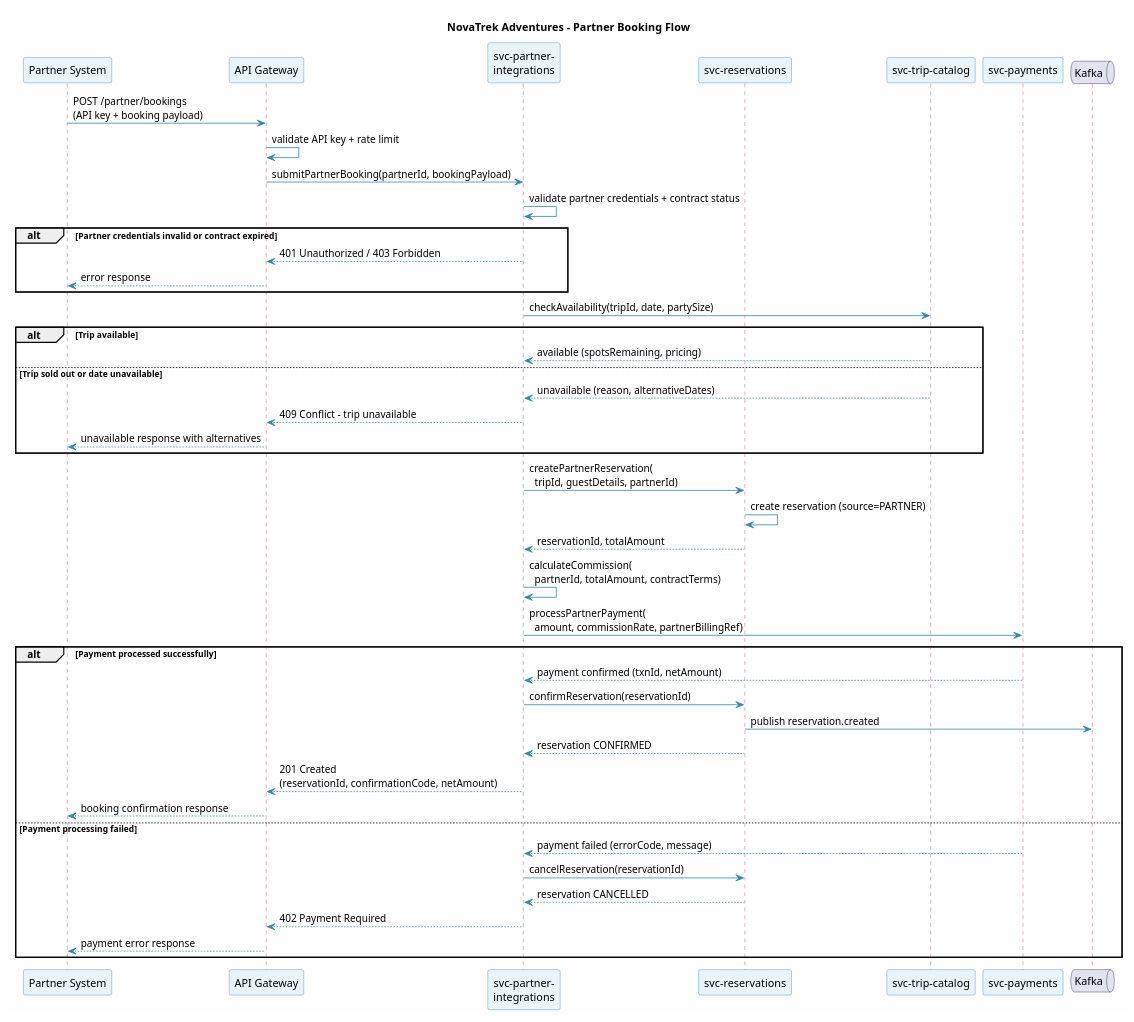
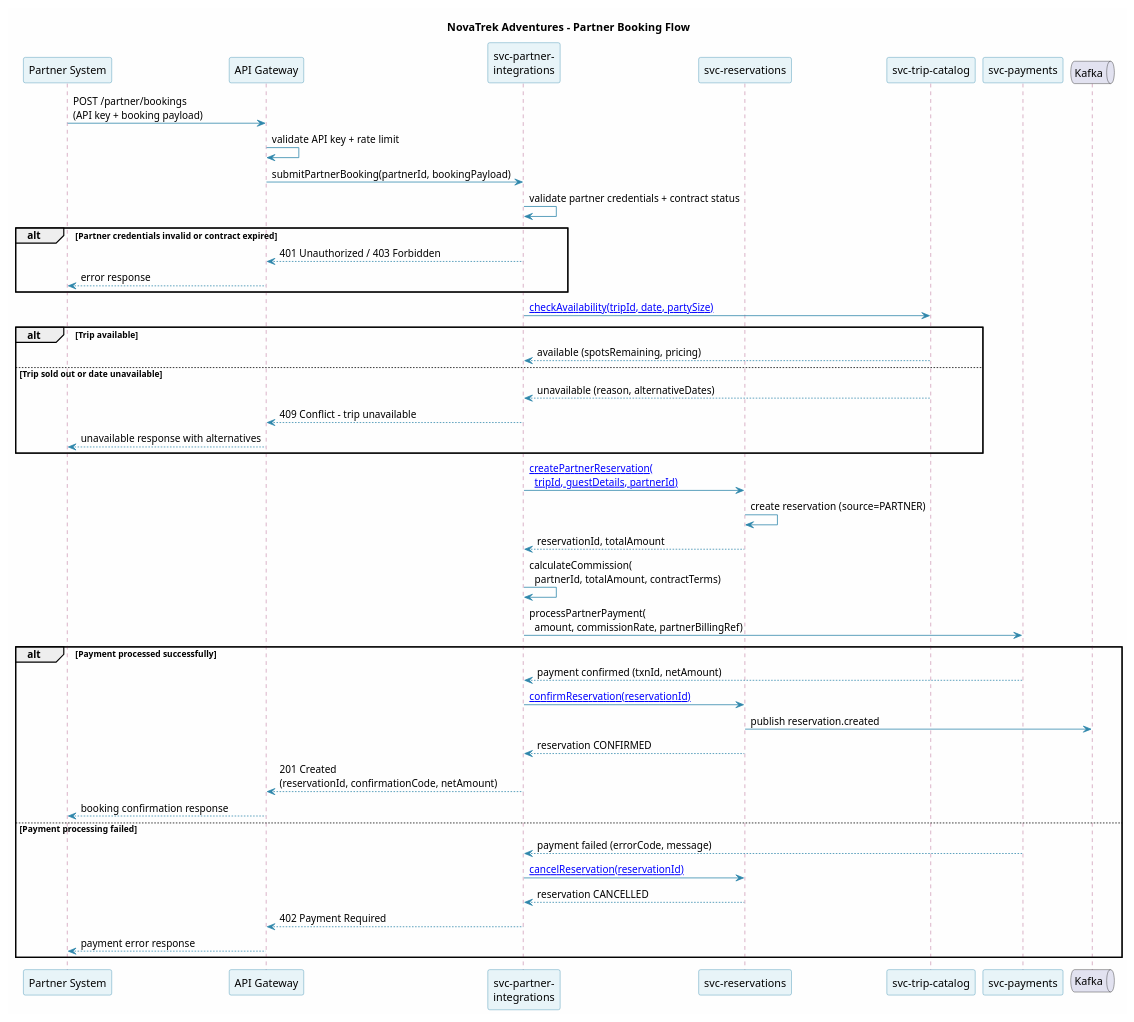
The diagram in site/phase-1-ai-tool-cost-comparison/workspace/corporate-services/diagrams/Sequence/partner-booking-flow.puml (christopherblaisdell/continuous-architecture-platform-poc), drawn with PlantUML before and after one commit. The commit also changed 274 other files, not shown here.

Commit message:
make sure diagrams link to each other

```diff
--- a/site/phase-1-ai-tool-cost-comparison/workspace/corporate-services/diagrams/Sequence/partner-booking-flow.puml
+++ b/site/phase-1-ai-tool-cost-comparison/workspace/corporate-services/diagrams/Sequence/partner-booking-flow.puml
@@ -1,85 +1,85 @@
 @startuml partner-booking-flow
 ' NovaTrek Adventures - Partner / OTA Booking Flow
 ' External partner submits a booking through the integration API
 
 title NovaTrek Adventures - Partner Booking Flow
 
 skinparam backgroundColor #FEFEFE
 skinparam shadowing false
 skinparam defaultFontName "Segoe UI"
 skinparam sequence {
     ArrowColor #2E86AB
     ParticipantBorderColor #2E86AB
     ParticipantBackgroundColor #E8F4F8
     LifeLineBorderColor #A23B72
     BoxBorderColor #F18F01
     BoxBackgroundColor #FFF8F0
 }
 
 ' ============================================================
 ' Participants
 ' ============================================================
 participant "Partner System" as partner
 participant "API Gateway" as gateway
 participant "svc-partner-\nintegrations" as integrations
-participant "svc-reservations" as reservations
-participant "svc-trip-catalog" as catalog
+participant "svc-reservations" as reservations [[/services/svc-reservations/]]
+participant "svc-trip-catalog" as catalog [[/services/svc-trip-catalog/]]
 participant "svc-payments" as payments
 queue "Kafka" as kafka
 
 ' ============================================================
 ' Partner Authentication
 ' ============================================================
 partner -> gateway : POST /partner/bookings\n(API key + booking payload)
 gateway -> gateway : validate API key + rate limit
 gateway -> integrations : submitPartnerBooking(partnerId, bookingPayload)
 integrations -> integrations : validate partner credentials + contract status
 
 alt Partner credentials invalid or contract expired
     integrations --> gateway : 401 Unauthorized / 403 Forbidden
     gateway --> partner : error response
 end
 
 ' ============================================================
 ' Trip Availability Check
 ' ============================================================
-integrations -> catalog : checkAvailability(tripId, date, partySize)
+integrations -> catalog : [[/services/svc-trip-catalog/ checkAvailability(tripId, date, partySize)]]
 
 alt Trip available
     catalog --> integrations : available (spotsRemaining, pricing)
 else Trip sold out or date unavailable
     catalog --> integrations : unavailable (reason, alternativeDates)
     integrations --> gateway : 409 Conflict - trip unavailable
     gateway --> partner : unavailable response with alternatives
 end
 
 ' ============================================================
 ' Reservation Creation
 ' ============================================================
-integrations -> reservations : createPartnerReservation(\n  tripId, guestDetails, partnerId)
+integrations -> reservations : [[/services/svc-reservations/ createPartnerReservation(\n  tripId, guestDetails, partnerId)]]
 reservations -> reservations : create reservation (source=PARTNER)
 reservations --> integrations : reservationId, totalAmount
 
 ' ============================================================
 ' Commission Calculation and Payment
 ' ============================================================
 integrations -> integrations : calculateCommission(\n  partnerId, totalAmount, contractTerms)
 integrations -> payments : processPartnerPayment(\n  amount, commissionRate, partnerBillingRef)
 
 alt Payment processed successfully
     payments --> integrations : payment confirmed (txnId, netAmount)
-    integrations -> reservations : confirmReservation(reservationId)
+    integrations -> reservations : [[/services/svc-reservations/ confirmReservation(reservationId)]]
     reservations -> kafka : publish reservation.created
     reservations --> integrations : reservation CONFIRMED
 
     integrations --> gateway : 201 Created\n(reservationId, confirmationCode, netAmount)
     gateway --> partner : booking confirmation response
 else Payment processing failed
     payments --> integrations : payment failed (errorCode, message)
-    integrations -> reservations : cancelReservation(reservationId)
+    integrations -> reservations : [[/services/svc-reservations/ cancelReservation(reservationId)]]
     reservations --> integrations : reservation CANCELLED
     integrations --> gateway : 402 Payment Required
     gateway --> partner : payment error response
 end
 
 @enduml
```
